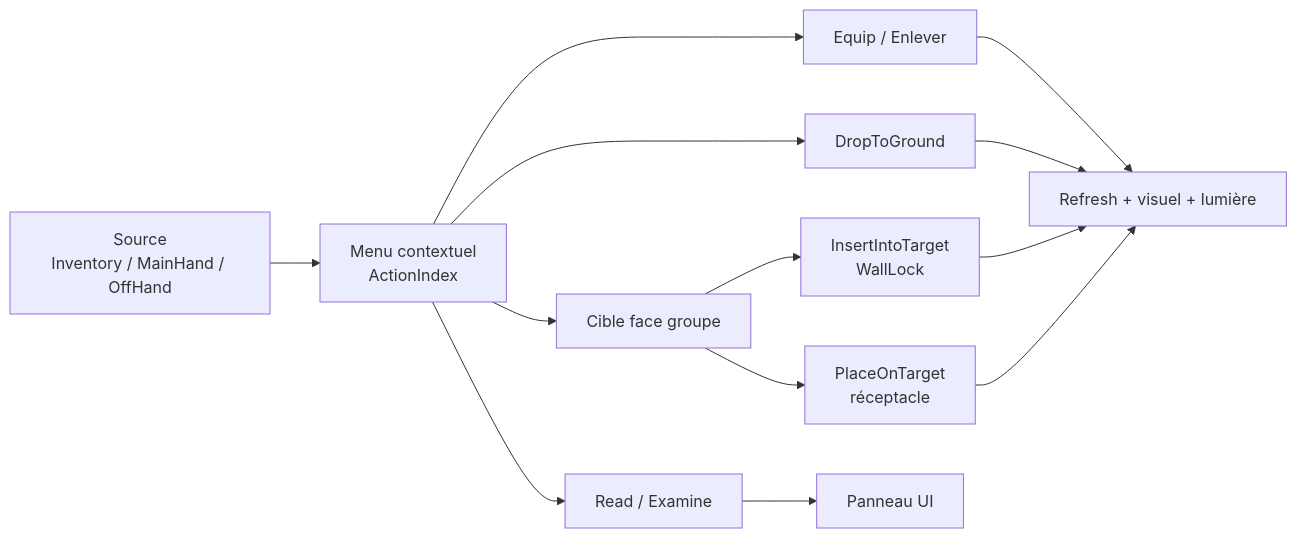
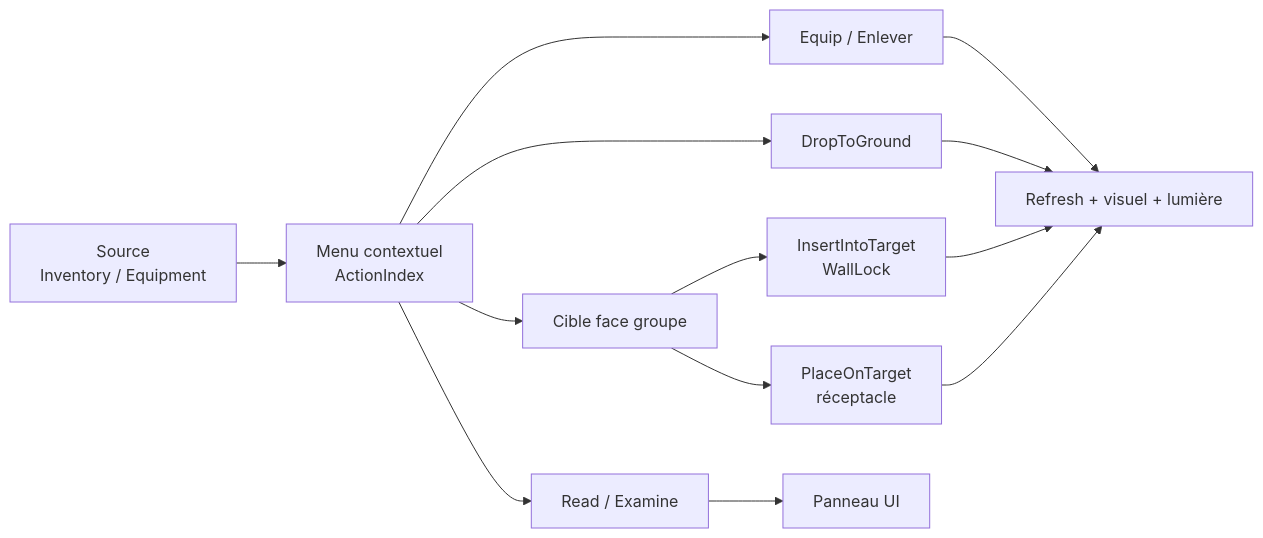
Before and after one commit to PhilippeMartin1964/GrimrockPrototype: the diagram in docs/Design/INVENTORY_CONTEXT_ACTION_MVP_VALIDATION.md, drawn with Mermaid. The commit also changed other lines of this file, not shown here.

Commit message:
UI-INV2B Update canonical equipment slots

````diff
--- a/docs/Design/INVENTORY_CONTEXT_ACTION_MVP_VALIDATION.md
+++ b/docs/Design/INVENTORY_CONTEXT_ACTION_MVP_VALIDATION.md
@@ -38,15 +99,15 @@
 ```mermaid
 flowchart LR
-    Source["Source<br/>Inventory / MainHand / OffHand"] --> Menu["Menu contextuel<br/>ActionIndex"]
+    Source["Source<br/>Inventory / Equipment"] --> Menu["Menu contextuel<br/>ActionIndex"]
     Menu --> Equip["Equip / Enlever"]
     Menu --> Drop["DropToGround"]
     Menu --> Read["Read / Examine"]
     Menu --> Target["Cible face groupe"]
     Target --> WallLock["InsertIntoTarget<br/>WallLock"]
     Target --> Receptacle["PlaceOnTarget<br/>réceptacle"]
     Equip --> Refresh["Refresh + visuel + lumière"]
     Drop --> Refresh
     Read --> UI["Panneau UI"]
     WallLock --> Refresh
     Receptacle --> Refresh
 ```
````
